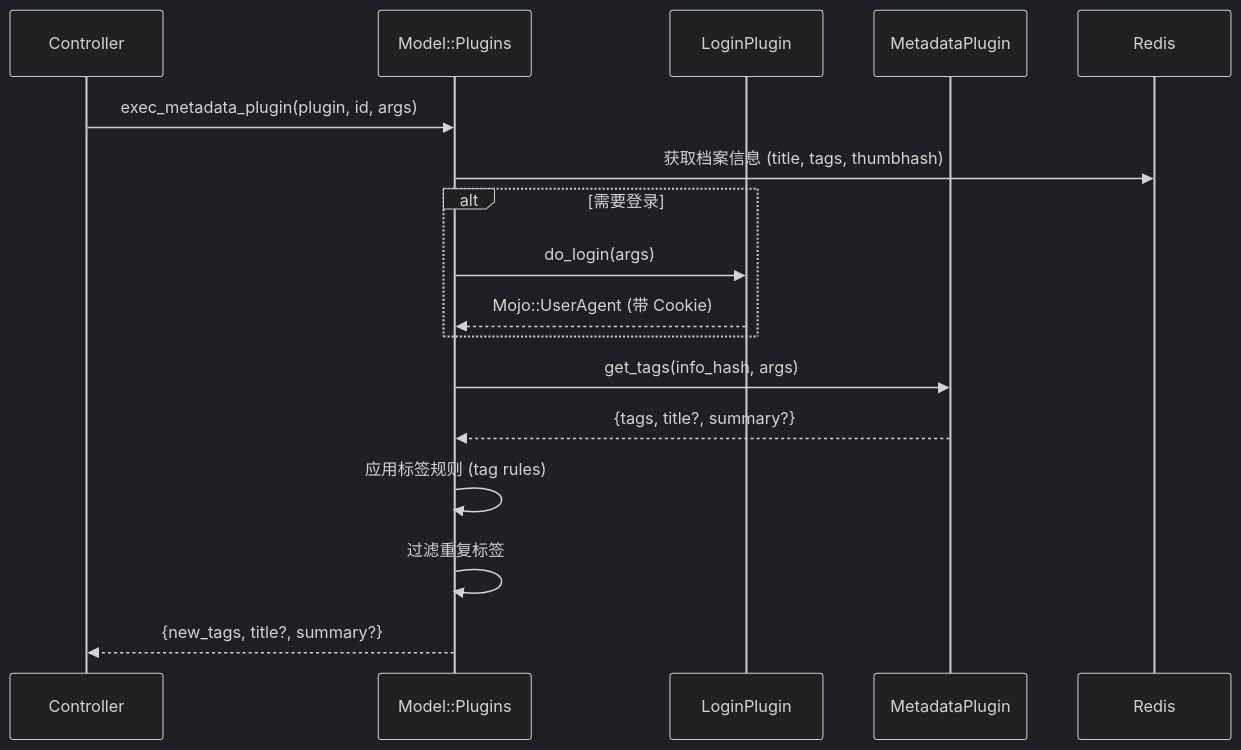
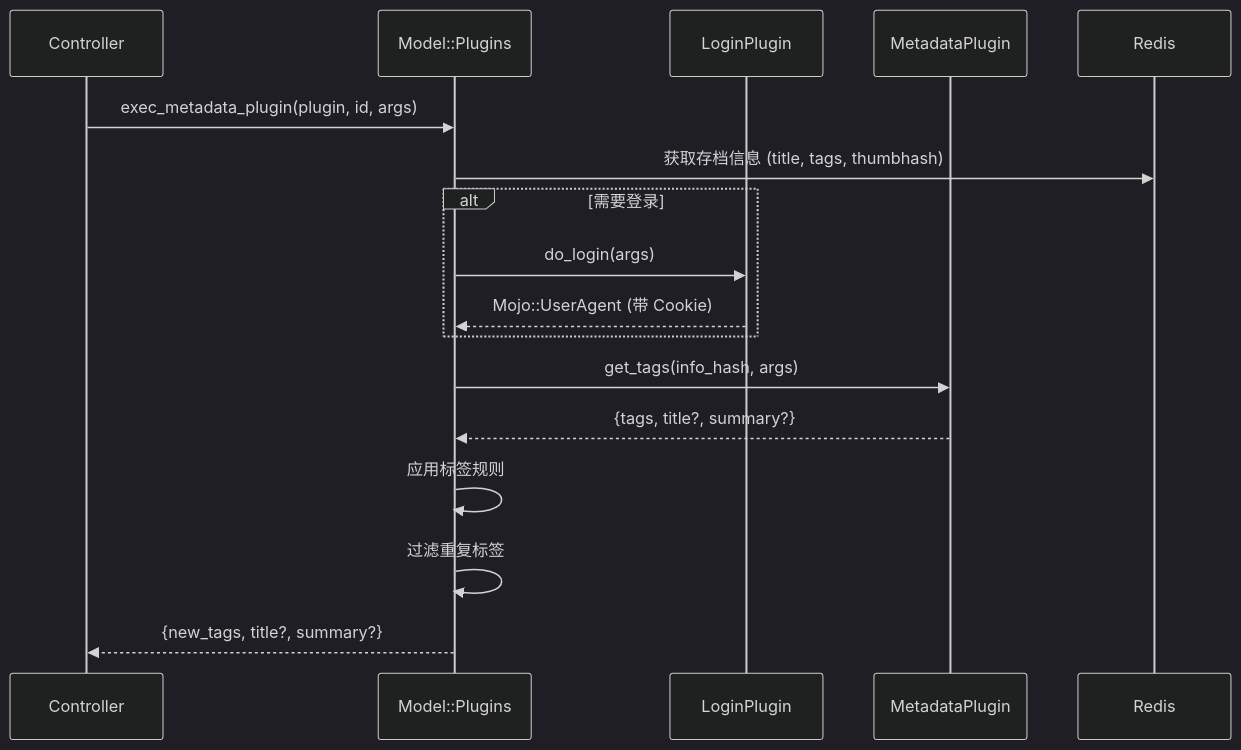
One commit to OborozukiNoYume/LANraragi changed the diagram in docs/zh-CN/04_plugins.md. Above: the diagram before and after it, drawn with Mermaid (dark theme). The commit also changed other lines of this file and 17 other files, not shown here.

````diff
--- a/docs/zh-CN/04_plugins.md
+++ b/docs/zh-CN/04_plugins.md
@@ -180,23 +138,23 @@
 ```mermaid
 sequenceDiagram
     participant API as Controller
     participant Exec as Model::Plugins
     participant Login as LoginPlugin
     participant Meta as MetadataPlugin
     participant DB as Redis
     
     API->>Exec: exec_metadata_plugin(plugin, id, args)
-    Exec->>DB: 获取档案信息 (title, tags, thumbhash)
+    Exec->>DB: 获取存档信息 (title, tags, thumbhash)
     
     alt 需要登录
         Exec->>Login: do_login(args)
         Login-->>Exec: Mojo::UserAgent (带 Cookie)
     end
     
     Exec->>Meta: get_tags(info_hash, args)
     Meta-->>Exec: {tags, title?, summary?}
     
-    Exec->>Exec: 应用标签规则 (tag rules)
+    Exec->>Exec: 应用标签规则
     Exec->>Exec: 过滤重复标签
     Exec-->>API: {new_tags, title?, summary?}
 ```
````
